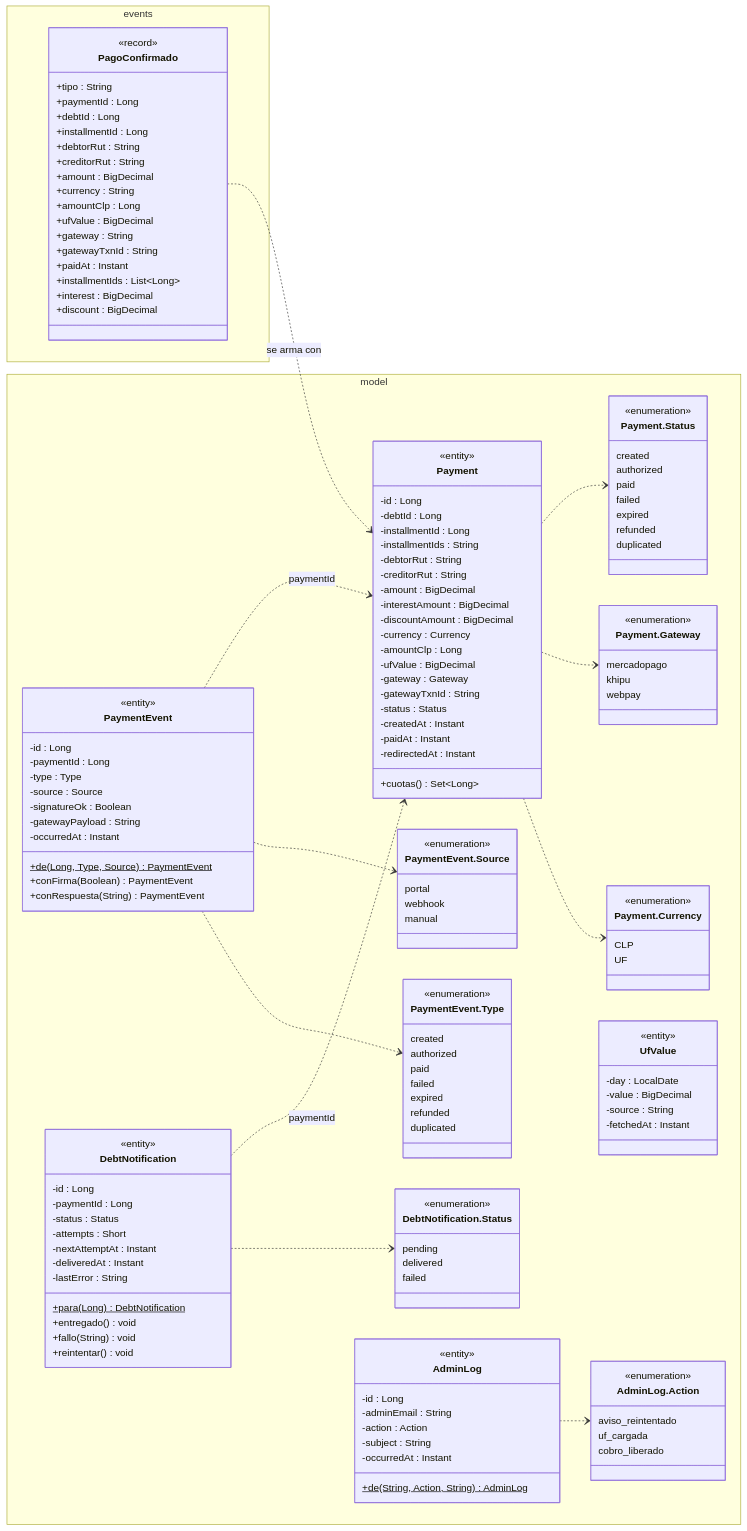
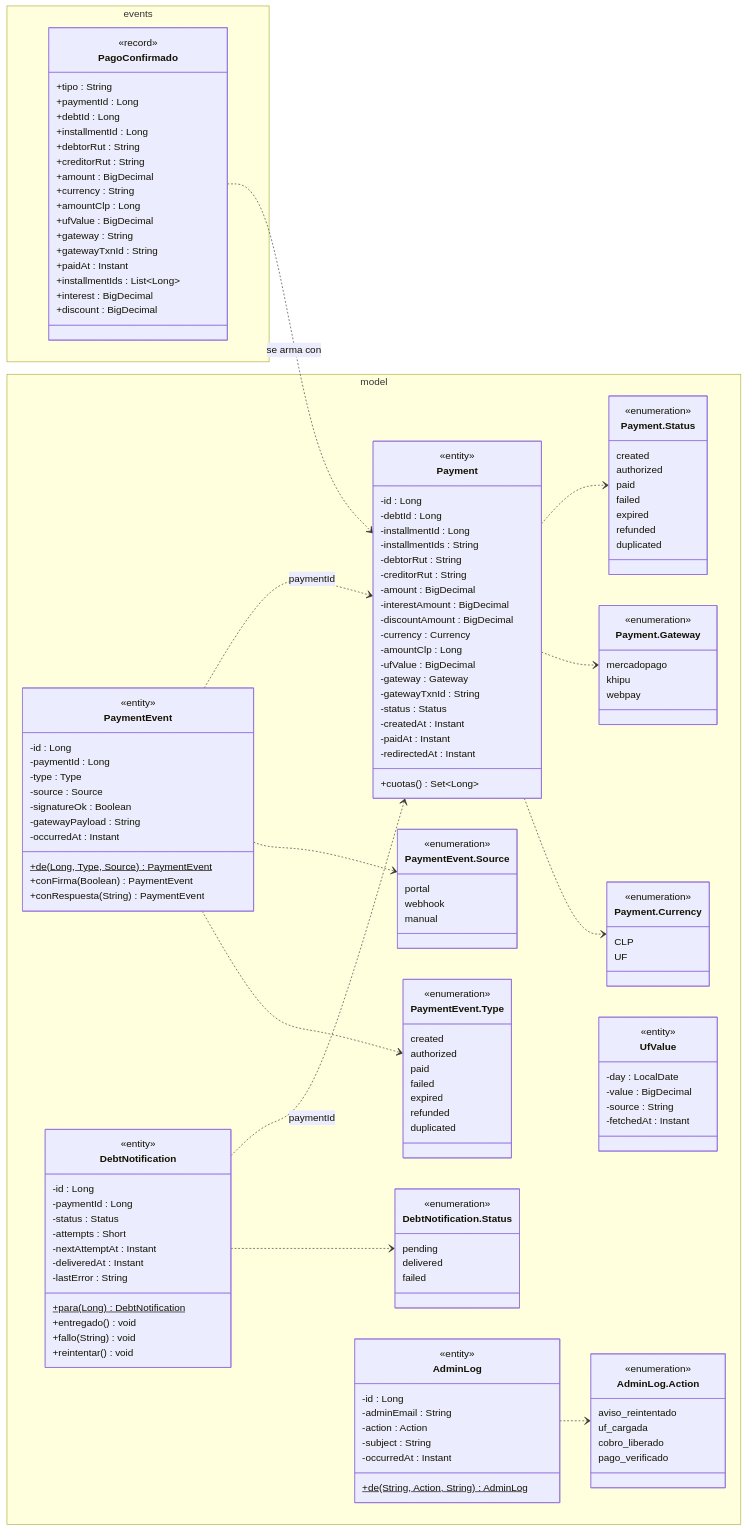
Before and after one commit to TechnicalBridge/DataBridge: diagram 13 of 18 in docs/diagramas/clases.md, drawn with Mermaid. The commit also changed other lines of this file and 27 other files, not shown here.

```diff
--- a/docs/diagramas/clases.md
+++ b/docs/diagramas/clases.md
@@ -2501,6 +2514,7 @@
             aviso_reintentado
             uf_cargada
             cobro_liberado
+            pago_verificado
         }
     }
     namespace events {
```
